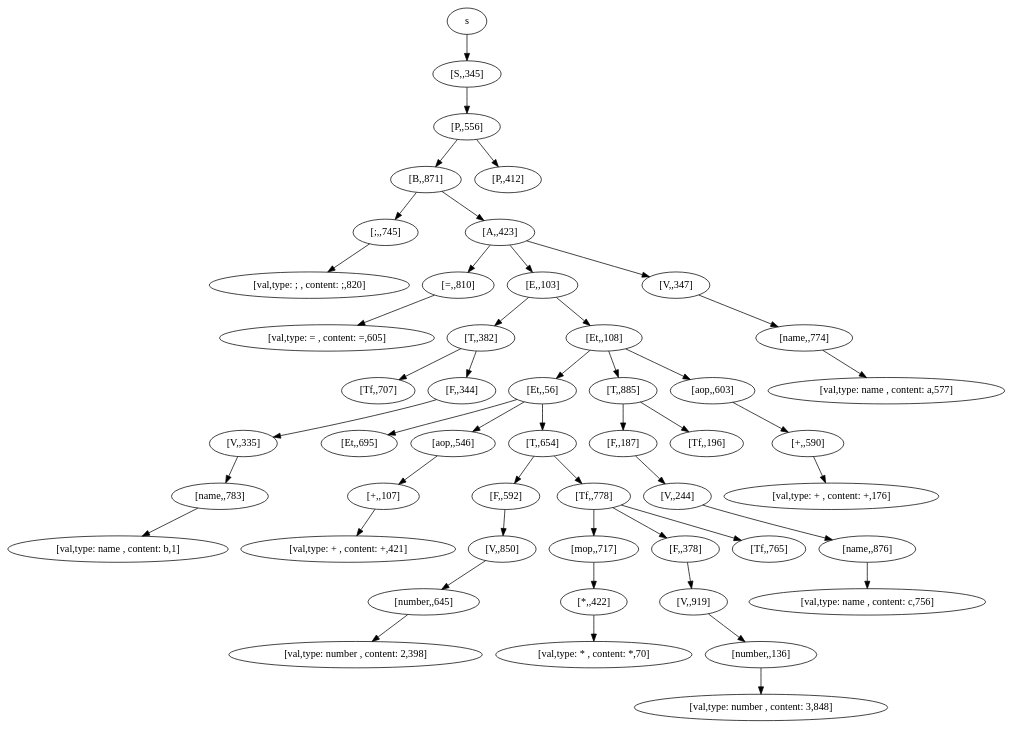
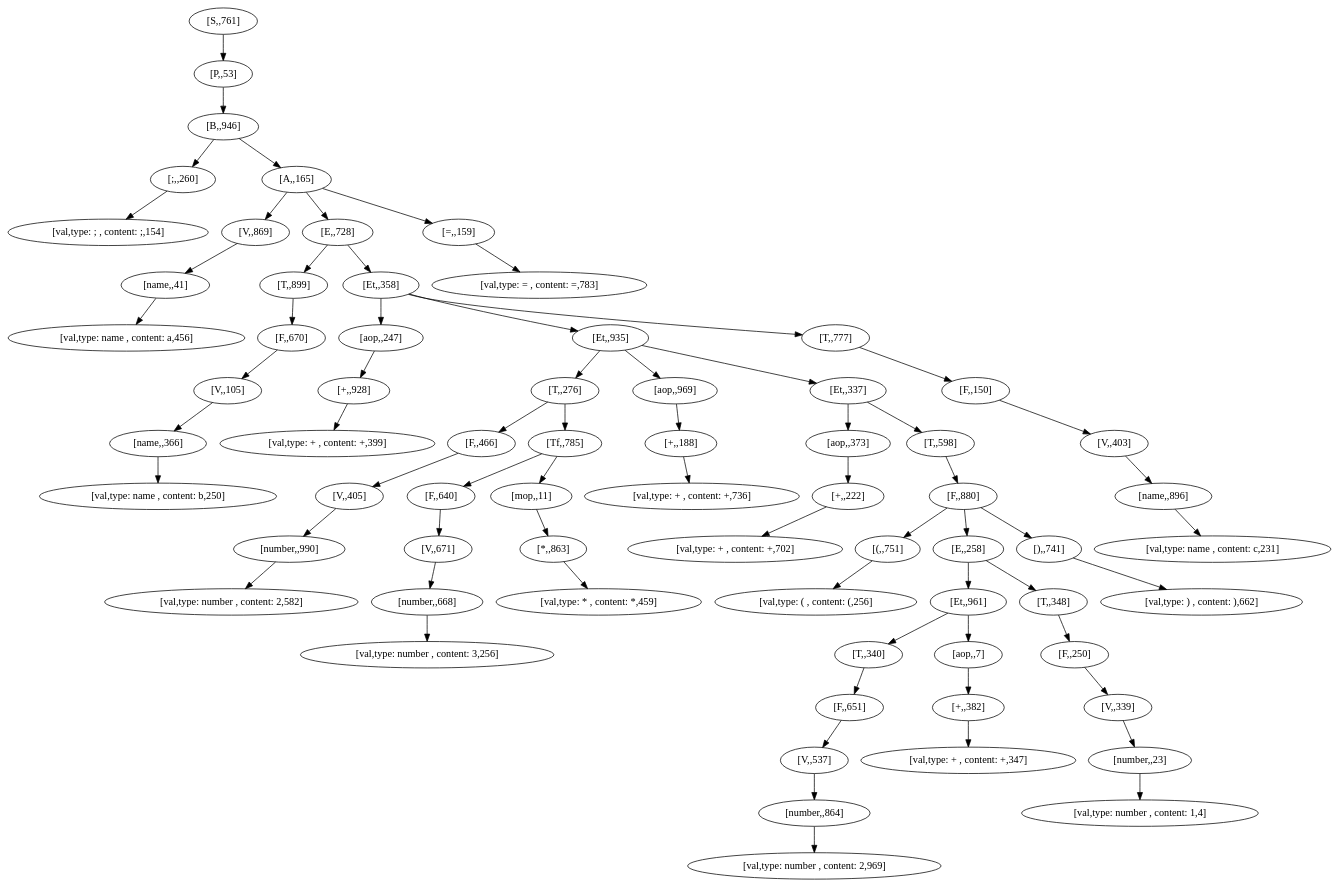
One commit to boddmg/sbevm changed the diagram in experiment/file.dot. Above: the diagram before and after it, drawn with Graphviz. The commit also changed 1 other file, not shown here.

```diff
--- a/experiment/file.dot
+++ b/experiment/file.dot
@@ -1,50 +1,69 @@
 strict digraph  {
-	"[=,,810]" -> "[val,type: = , content: =,605]";
-	"[F,,187]" -> "[V,,244]";
-	"[mop,,717]" -> "[*,,422]";
-	"[T,,382]" -> "[Tf,,707]";
-	"[T,,382]" -> "[F,,344]";
-	"[F,,592]" -> "[V,,850]";
-	"[B,,871]" -> "[;,,745]";
-	"[B,,871]" -> "[A,,423]";
-	"[Et,,108]" -> "[Et,,56]";
-	"[Et,,108]" -> "[T,,885]";
-	"[Et,,108]" -> "[aop,,603]";
-	"[S,,345]" -> "[P,,556]";
-	"[name,,774]" -> "[val,type: name , content: a,577]";
-	"[name,,783]" -> "[val,type: name , content: b,1]";
-	"[Et,,56]" -> "[Et,,695]";
-	"[Et,,56]" -> "[aop,,546]";
-	"[Et,,56]" -> "[T,,654]";
-	"[V,,919]" -> "[number,,136]";
-	"[P,,556]" -> "[B,,871]";
-	"[P,,556]" -> "[P,,412]";
-	"[;,,745]" -> "[val,type: ; , content: ;,820]";
-	"[V,,244]" -> "[name,,876]";
-	"[F,,344]" -> "[V,,335]";
-	"[name,,876]" -> "[val,type: name , content: c,756]";
-	"[E,,103]" -> "[T,,382]";
-	"[E,,103]" -> "[Et,,108]";
-	"[F,,378]" -> "[V,,919]";
-	"[aop,,546]" -> "[+,,107]";
-	"[number,,645]" -> "[val,type: number , content: 2,398]";
-	"[V,,335]" -> "[name,,783]";
-	"[A,,423]" -> "[=,,810]";
-	"[A,,423]" -> "[E,,103]";
-	"[A,,423]" -> "[V,,347]";
-	"[Tf,,778]" -> "[mop,,717]";
-	"[Tf,,778]" -> "[Tf,,765]";
-	"[Tf,,778]" -> "[F,,378]";
-	"[*,,422]" -> "[val,type: * , content: *,70]";
-	"[T,,654]" -> "[F,,592]";
-	"[T,,654]" -> "[Tf,,778]";
-	"[number,,136]" -> "[val,type: number , content: 3,848]";
-	"[V,,850]" -> "[number,,645]";
-	s -> "[S,,345]";
-	"[T,,885]" -> "[F,,187]";
-	"[T,,885]" -> "[Tf,,196]";
-	"[+,,107]" -> "[val,type: + , content: +,421]";
-	"[aop,,603]" -> "[+,,590]";
-	"[V,,347]" -> "[name,,774]";
-	"[+,,590]" -> "[val,type: + , content: +,176]";
+	"[+,,188]" -> "[val,type: + , content: +,736]";
+	"[number,,23]" -> "[val,type: number , content: 1,4]";
+	"[V,,869]" -> "[name,,41]";
+	"[aop,,247]" -> "[+,,928]";
+	"[+,,222]" -> "[val,type: + , content: +,702]";
+	"[*,,863]" -> "[val,type: * , content: *,459]";
+	"[Et,,935]" -> "[T,,276]";
+	"[Et,,935]" -> "[aop,,969]";
+	"[Et,,935]" -> "[Et,,337]";
+	"[T,,899]" -> "[F,,670]";
+	"[V,,671]" -> "[number,,668]";
+	"[Et,,961]" -> "[T,,340]";
+	"[Et,,961]" -> "[aop,,7]";
+	"[F,,466]" -> "[V,,405]";
+	"[S,,761]" -> "[P,,53]";
+	"[name,,896]" -> "[val,type: name , content: c,231]";
+	"[aop,,373]" -> "[+,,222]";
+	"[T,,598]" -> "[F,,880]";
+	"[(,,751]" -> "[val,type: ( , content: (,256]";
+	"[number,,864]" -> "[val,type: number , content: 2,969]";
+	"[V,,405]" -> "[number,,990]";
+	"[T,,777]" -> "[F,,150]";
+	"[E,,728]" -> "[T,,899]";
+	"[E,,728]" -> "[Et,,358]";
+	"[F,,640]" -> "[V,,671]";
+	"[F,,150]" -> "[V,,403]";
+	"[;,,260]" -> "[val,type: ; , content: ;,154]";
+	"[number,,668]" -> "[val,type: number , content: 3,256]";
+	"[V,,339]" -> "[number,,23]";
+	"[number,,990]" -> "[val,type: number , content: 2,582]";
+	"[V,,537]" -> "[number,,864]";
+	"[F,,880]" -> "[(,,751]";
+	"[F,,880]" -> "[E,,258]";
+	"[F,,880]" -> "[),,741]";
+	"[V,,403]" -> "[name,,896]";
+	"[T,,340]" -> "[F,,651]";
+	"[name,,41]" -> "[val,type: name , content: a,456]";
+	"[mop,,11]" -> "[*,,863]";
+	"[P,,53]" -> "[B,,946]";
+	"[F,,651]" -> "[V,,537]";
+	"[T,,276]" -> "[F,,466]";
+	"[T,,276]" -> "[Tf,,785]";
+	"[E,,258]" -> "[Et,,961]";
+	"[E,,258]" -> "[T,,348]";
+	"[A,,165]" -> "[V,,869]";
+	"[A,,165]" -> "[E,,728]";
+	"[A,,165]" -> "[=,,159]";
+	"[+,,382]" -> "[val,type: + , content: +,347]";
+	"[V,,105]" -> "[name,,366]";
+	"[aop,,969]" -> "[+,,188]";
+	"[Et,,358]" -> "[aop,,247]";
+	"[Et,,358]" -> "[Et,,935]";
+	"[Et,,358]" -> "[T,,777]";
+	"[F,,670]" -> "[V,,105]";
+	"[aop,,7]" -> "[+,,382]";
+	"[B,,946]" -> "[;,,260]";
+	"[B,,946]" -> "[A,,165]";
+	"[name,,366]" -> "[val,type: name , content: b,250]";
+	"[Tf,,785]" -> "[F,,640]";
+	"[Tf,,785]" -> "[mop,,11]";
+	"[+,,928]" -> "[val,type: + , content: +,399]";
+	"[),,741]" -> "[val,type: ) , content: ),662]";
+	"[=,,159]" -> "[val,type: = , content: =,783]";
+	"[Et,,337]" -> "[aop,,373]";
+	"[Et,,337]" -> "[T,,598]";
+	"[T,,348]" -> "[F,,250]";
+	"[F,,250]" -> "[V,,339]";
 }
```
